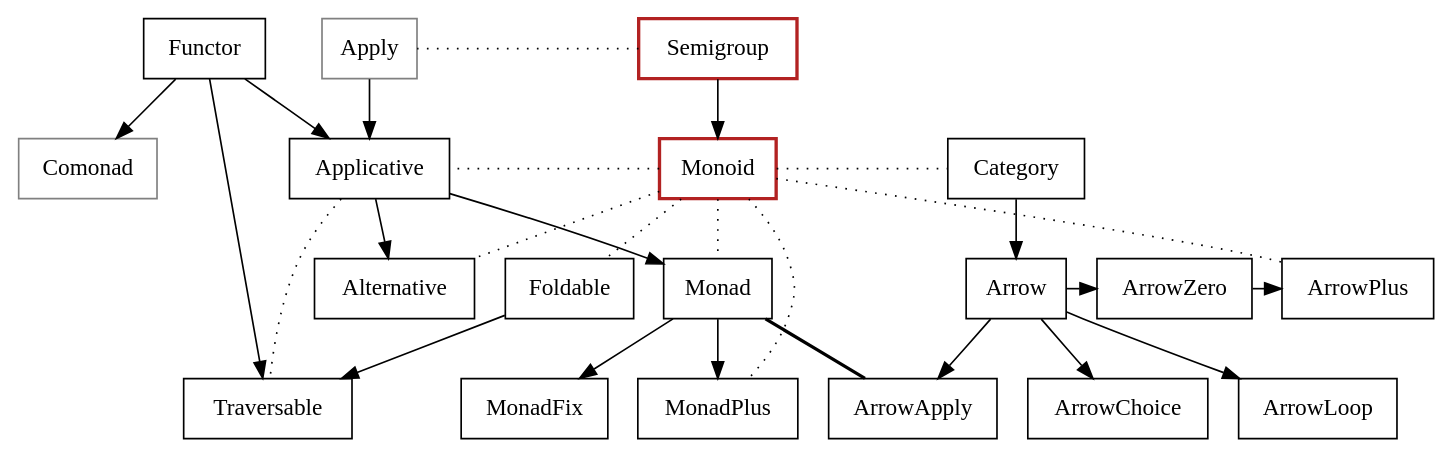
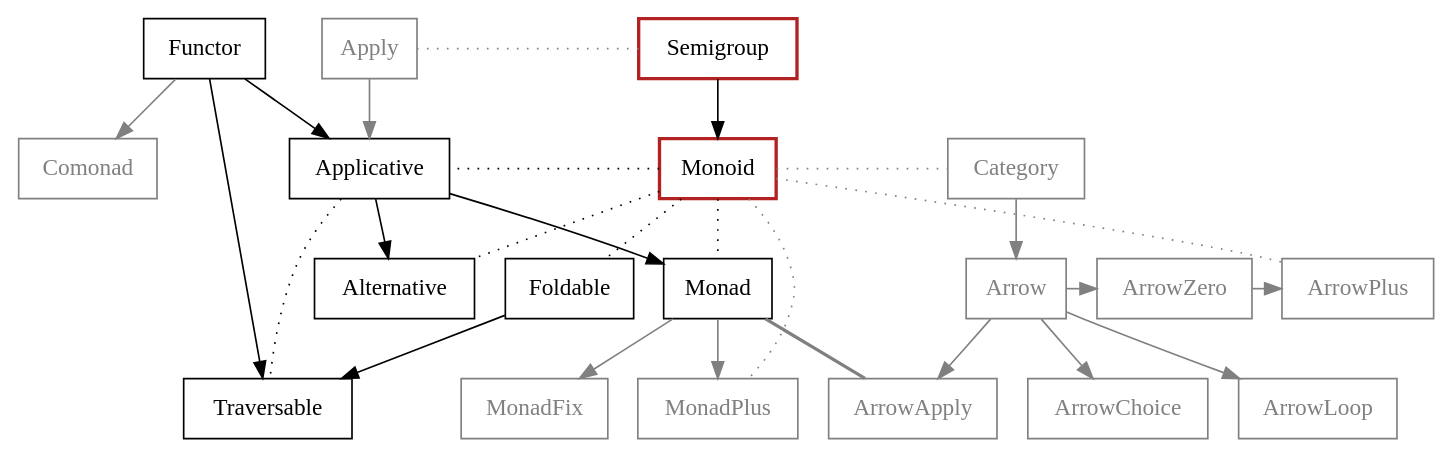
The diagram in images/typeclassopedia-monoid.gv (nsu-syspro/haskell-slides), drawn with Graphviz before and after one commit. The commit also changed 5 other files, not shown here.

```diff
--- a/images/typeclassopedia-monoid.gv
+++ b/images/typeclassopedia-monoid.gv
@@ -1,31 +1,42 @@
 digraph {
   node [shape=box];
   Functor -> Applicative -> Monad;
-  Apply -> Applicative;
-  Semigroup -> Apply [constraint=false; style=dotted; arrowhead=none];
-  Semigroup [color=firebrick; penwidth=2];
-  Apply [color=grey];
+  Apply -> Applicative [color=grey];
+  Semigroup -> Apply [color=grey; constraint=false; style=dotted; arrowhead=none];
   Applicative -> Alternative;
-  Monad -> MonadPlus;
-  Monad -> MonadFix;
+  Monad -> MonadPlus [color=grey];
+  Monad -> MonadFix [color=grey];
   Semigroup -> Monoid;
-  Monoid [color=firebrick; penwidth=2];
   Monoid -> Applicative [constraint=false; style=dotted; arrowhead=none];
-  Monoid -> Category [constraint=false; style=dotted; arrowhead=none];
+  Monoid -> Category [color=grey; constraint=false; style=dotted; arrowhead=none];
   Monoid -> Alternative [style=dotted; arrowhead=none];
-  Monoid -> MonadPlus [style=dotted; arrowhead=none];
-  Category -> Arrow -> ArrowChoice;
-  Arrow -> ArrowApply;
-  Arrow -> ArrowLoop;
-  Arrow -> ArrowZero -> ArrowPlus;
+  Monoid -> MonadPlus [color=grey; style=dotted; arrowhead=none];
+  Category -> Arrow -> ArrowChoice [color=grey];
+  Arrow -> ArrowApply [color=grey];
+  Arrow -> ArrowLoop [color=grey];
+  Arrow -> ArrowZero -> ArrowPlus [color=grey];
   {rank = same; Arrow; ArrowZero; ArrowPlus}
-  Monoid -> ArrowPlus [style=dotted; arrowhead=none];
-  Monad -> ArrowApply [style=bold, arrowhead=none];
+  Monoid -> ArrowPlus [color=grey; style=dotted; arrowhead=none];
+  Monad -> ArrowApply [color=grey; style=bold, arrowhead=none];
   Monoid -> Foldable [style=dotted; arrowhead=none];
   Monoid -> Monad [style=dotted; arrowhead=none];
   Applicative -> Traversable [style=dotted; arrowhead=none];
   Foldable -> Traversable;
   Functor -> Traversable;
-  Comonad [color=grey];
-  Functor -> Comonad;
+  Functor -> Comonad [color=grey];
+
+  Apply [color=grey, fontcolor=grey];
+  Comonad [color=grey, fontcolor=grey];
+  Category [color=grey, fontcolor=grey];
+  Arrow [color=grey, fontcolor=grey];
+  ArrowZero [color=grey, fontcolor=grey];
+  ArrowPlus [color=grey, fontcolor=grey];
+  ArrowApply [color=grey, fontcolor=grey];
+  ArrowChoice [color=grey, fontcolor=grey];
+  ArrowLoop [color=grey, fontcolor=grey];
+  MonadFix [color=grey, fontcolor=grey];
+  MonadPlus [color=grey, fontcolor=grey];
+
+  Semigroup [color=firebrick; penwidth=2];
+  Monoid [color=firebrick; penwidth=2];
 }
```
